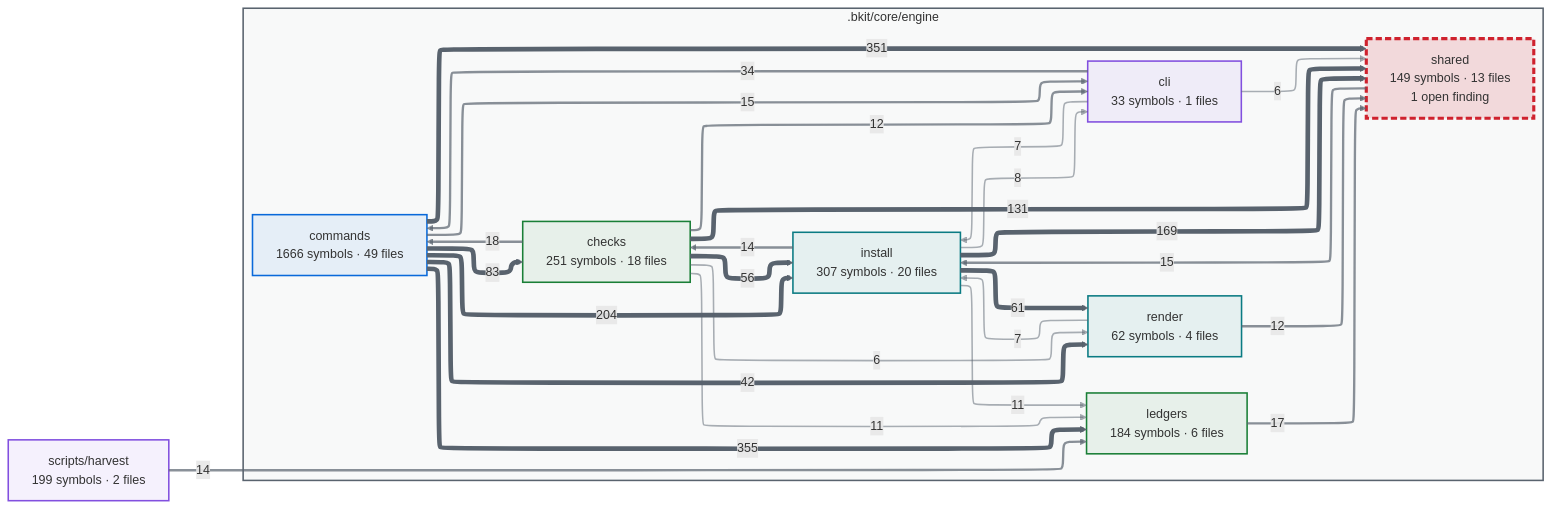
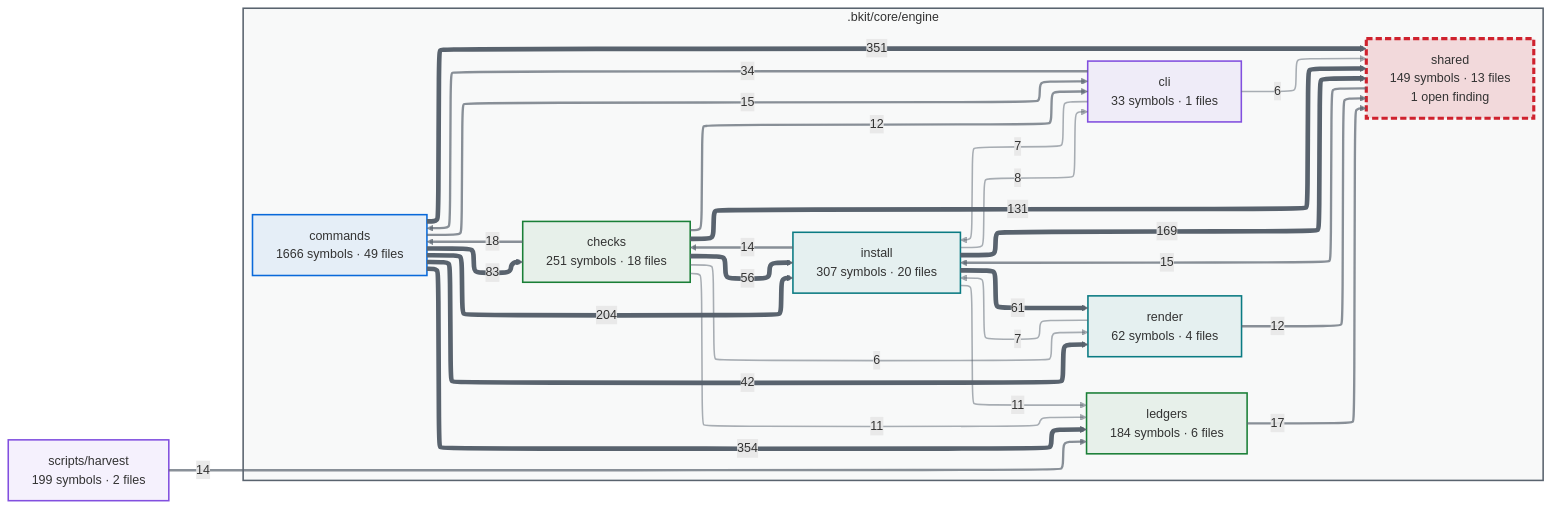
Before and after one commit to cbartens/bkit: the first of 2 diagrams in docs/capabilities.md, drawn with Mermaid. The commit also changed other lines of this file and 18 other files, not shown here.

````diff
--- a/docs/capabilities.md
+++ b/docs/capabilities.md
@@ -154,80 +154,80 @@
 ```mermaid
 ---
 config:
   layout: elk
   themeCSS: "marker { overflow: visible; } marker path { transform: scale(1.8); transform-origin: 5px 5px; }"
   flowchart:
     useMaxWidth: false
 ---
 flowchart LR
-  %% Generated by bkit-graphify-rollup.py from 9f6bdeecf6770ba918cf3f33457b4aacd4d7eaf8 — do not edit
+  %% Generated by bkit-graphify-rollup.py — do not edit
   subgraph gn_bkit_core_engine[".bkit/core/engine"]
     n_bkit_core_engine_checks["checks<br/>251 symbols · 18 files"]
     n_bkit_core_engine_cli["cli<br/>33 symbols · 1 files"]
     n_bkit_core_engine_commands["commands<br/>1666 symbols · 49 files"]
     n_bkit_core_engine_install["install<br/>307 symbols · 20 files"]
     n_bkit_core_engine_ledgers["ledgers<br/>184 symbols · 6 files"]
     n_bkit_core_engine_render["render<br/>62 symbols · 4 files"]
     n_bkit_core_engine_shared["shared<br/>149 symbols · 13 files<br/>1 open finding"]
   end
   nscripts_harvest["scripts/harvest<br/>199 symbols · 2 files"]
-  n_bkit_core_engine_commands -->|355| n_bkit_core_engine_ledgers
+  n_bkit_core_engine_commands -->|354| n_bkit_core_engine_ledgers
   n_bkit_core_engine_commands -->|351| n_bkit_core_engine_shared
   n_bkit_core_engine_commands -->|204| n_bkit_core_engine_install
   n_bkit_core_engine_install -->|169| n_bkit_core_engine_shared
   n_bkit_core_engine_checks -->|131| n_bkit_core_engine_shared
   n_bkit_core_engine_commands -->|83| n_bkit_core_engine_checks
   n_bkit_core_engine_install -->|61| n_bkit_core_engine_render
   n_bkit_core_engine_checks -->|56| n_bkit_core_engine_install
   n_bkit_core_engine_commands -->|42| n_bkit_core_engine_render
   n_bkit_core_engine_cli -->|34| n_bkit_core_engine_commands
   n_bkit_core_engine_checks -->|18| n_bkit_core_engine_commands
   n_bkit_core_engine_ledgers -->|17| n_bkit_core_engine_shared
   n_bkit_core_engine_shared -->|15| n_bkit_core_engine_install
   n_bkit_core_engine_commands -->|15| n_bkit_core_engine_cli
   n_bkit_core_engine_install -->|14| n_bkit_core_engine_checks
   nscripts_harvest -->|14| n_bkit_core_engine_ledgers
   n_bkit_core_engine_checks -->|12| n_bkit_core_engine_cli
   n_bkit_core_engine_render -->|12| n_bkit_core_engine_shared
   n_bkit_core_engine_checks -->|11| n_bkit_core_engine_ledgers
   n_bkit_core_engine_install -->|11| n_bkit_core_engine_ledgers
   n_bkit_core_engine_install -->|8| n_bkit_core_engine_cli
   n_bkit_core_engine_cli -->|7| n_bkit_core_engine_install
   n_bkit_core_engine_render -->|7| n_bkit_core_engine_install
   n_bkit_core_engine_checks -->|6| n_bkit_core_engine_render
   n_bkit_core_engine_cli -->|6| n_bkit_core_engine_shared
   style gn_bkit_core_engine fill:#59636e0a,stroke:#59636e,stroke-width:2px
   style n_bkit_core_engine_checks stroke:#1a7f37,stroke-width:2px,fill:#1a7f3714
   style n_bkit_core_engine_cli stroke:#8250df,stroke-width:2px,fill:#8250df14
   style n_bkit_core_engine_commands stroke:#0969da,stroke-width:2px,fill:#0969da14
   style n_bkit_core_engine_install stroke:#0a7b83,stroke-width:2px,fill:#0a7b8314
   style n_bkit_core_engine_ledgers stroke:#1a7f37,stroke-width:2px,fill:#1a7f3714
   style n_bkit_core_engine_render stroke:#0a7b83,stroke-width:2px,fill:#0a7b8314
   style n_bkit_core_engine_shared stroke:#cf222e,stroke-width:4px,stroke-dasharray:8 4,fill:#cf222e26
   style nscripts_harvest stroke:#8250df,stroke-width:2px,fill:#8250df14
   linkStyle 0 stroke:#59636e,stroke-width:6px
   linkStyle 1 stroke:#59636e,stroke-width:6px
   linkStyle 2 stroke:#59636e,stroke-width:6px
   linkStyle 3 stroke:#59636e,stroke-width:6px
   linkStyle 4 stroke:#59636e,stroke-width:6px
   linkStyle 5 stroke:#59636e,stroke-width:6px
   linkStyle 6 stroke:#59636e,stroke-width:6px
   linkStyle 7 stroke:#59636e,stroke-width:6px
   linkStyle 8 stroke:#59636e,stroke-width:6px
   linkStyle 9 stroke:#59636eb3,stroke-width:3px
   linkStyle 10 stroke:#59636eb3,stroke-width:3px
   linkStyle 11 stroke:#59636eb3,stroke-width:3px
   linkStyle 12 stroke:#59636eb3,stroke-width:3px
   linkStyle 13 stroke:#59636eb3,stroke-width:3px
   linkStyle 14 stroke:#59636eb3,stroke-width:3px
   linkStyle 15 stroke:#59636eb3,stroke-width:3px
   linkStyle 16 stroke:#59636eb3,stroke-width:3px
   linkStyle 17 stroke:#59636eb3,stroke-width:3px
   linkStyle 18 stroke:#59636e80,stroke-width:2px
   linkStyle 19 stroke:#59636e80,stroke-width:2px
   linkStyle 20 stroke:#59636e80,stroke-width:2px
   linkStyle 21 stroke:#59636e80,stroke-width:2px
   linkStyle 22 stroke:#59636e80,stroke-width:2px
   linkStyle 23 stroke:#59636e80,stroke-width:2px
   linkStyle 24 stroke:#59636e80,stroke-width:2px
 ```
````
